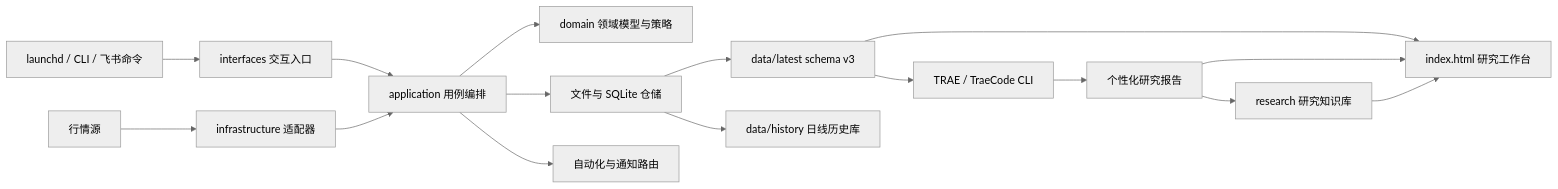
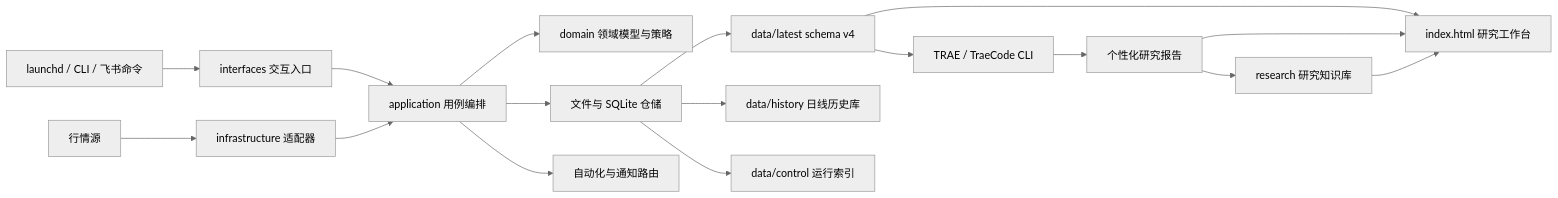
One commit to lapixiaoxin/quant changed the first of 5 diagrams in docs/architecture.md. Above: the diagram before and after it, drawn with Mermaid (neutral theme). The commit also changed other lines of this file and 85 other files, not shown here.

````diff
--- a/docs/architecture.md
+++ b/docs/architecture.md
@@ -7,18 +7,19 @@
 ```mermaid
 flowchart LR
     T[launchd / CLI / 飞书命令] --> I[interfaces 交互入口]
     I --> A[application 用例编排]
     A --> D[domain 领域模型与策略]
     M[行情源] --> X[infrastructure 适配器]
     X --> A
     A --> F[文件与 SQLite 仓储]
     A --> N[自动化与通知路由]
-    F --> P[data/latest schema v3]
+    F --> P[data/latest schema v4]
     F --> H[data/history 日线历史库]
+    F --> C[data/control 运行索引]
     P --> R[TRAE / TraeCode CLI]
     R --> O[个性化研究报告]
     O --> K[research 研究知识库]
     P --> W[index.html 研究工作台]
     O --> W
     K --> W
 ```
````
